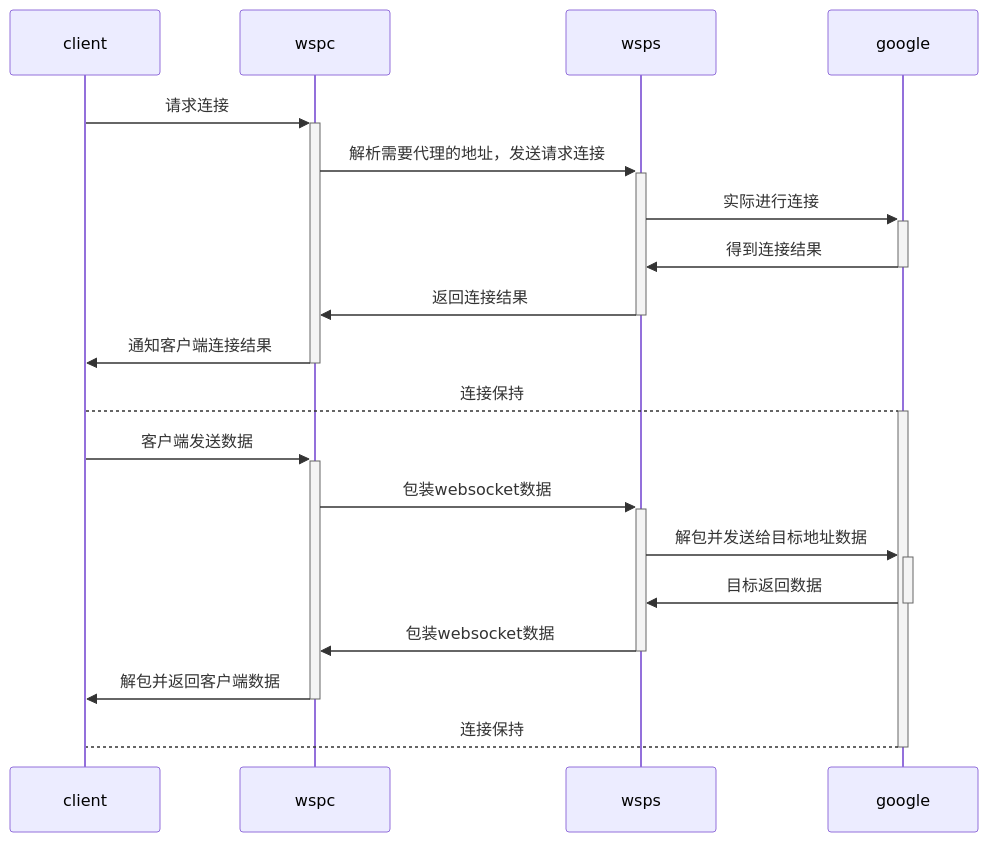
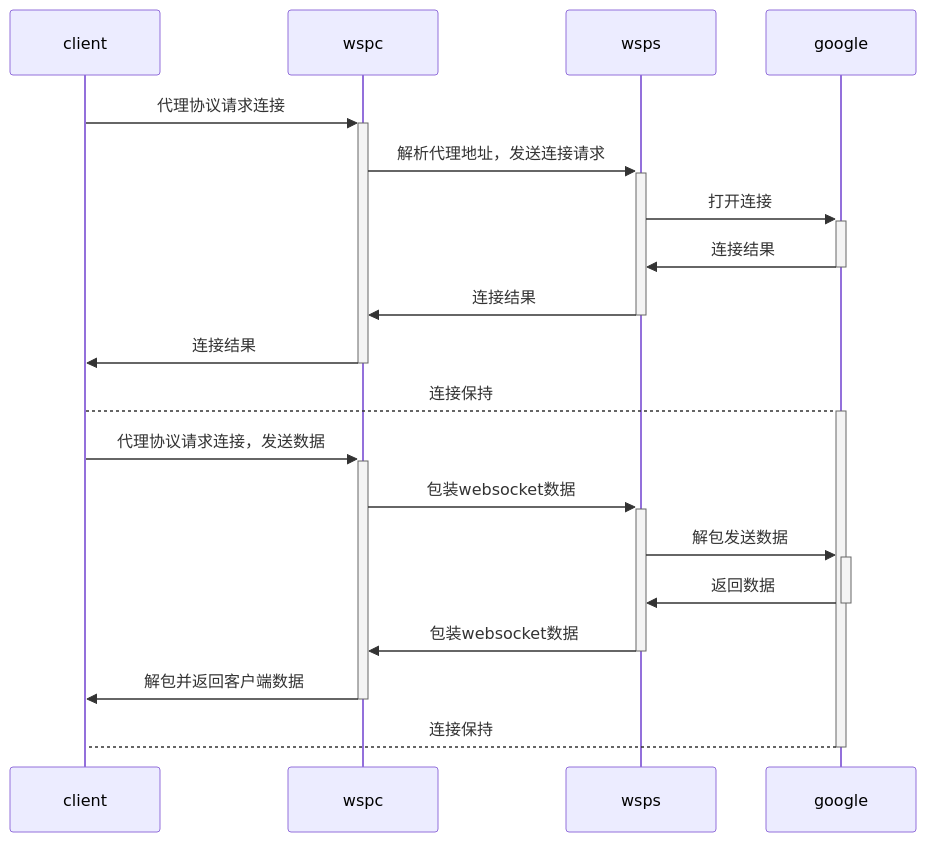
One commit to gowsp/blog changed the second of 3 diagrams in source/_posts/2022/20220126.md. Above: the diagram before and after it, drawn with Mermaid. The commit also changed other lines of this file and 1 other file, not shown here.

```diff
--- a/source/_posts/2022/20220126.md
+++ b/source/_posts/2022/20220126.md
@@ -47,16 +53,16 @@
 {% mermaid sequenceDiagram %}
-client->>+wspc:请求连接
-wspc->>+wsps:解析需要代理的地址，发送请求连接
-wsps->>+google:实际进行连接
-google->>-wsps:得到连接结果
-wsps->>-wspc:返回连接结果
-wspc->>-client:通知客户端连接结果
+client->>+wspc:代理协议请求连接
+wspc->>+wsps:解析代理地址，发送连接请求
+wsps->>+google:打开连接
+google->>-wsps:连接结果
+wsps->>-wspc:连接结果
+wspc->>-client:连接结果
 client-->+google:连接保持
-client->>+wspc:客户端发送数据
+client->>+wspc:代理协议请求连接，发送数据
 wspc->>+wsps:包装websocket数据
-wsps->>+google:解包并发送给目标地址数据
-google->>-wsps:目标返回数据
+wsps->>+google:解包发送数据
+google->>-wsps:返回数据
 wsps->>-wspc:包装websocket数据
 wspc->>-client:解包并返回客户端数据
 google-->-client:连接保持
 {% endmermaid %}
```
